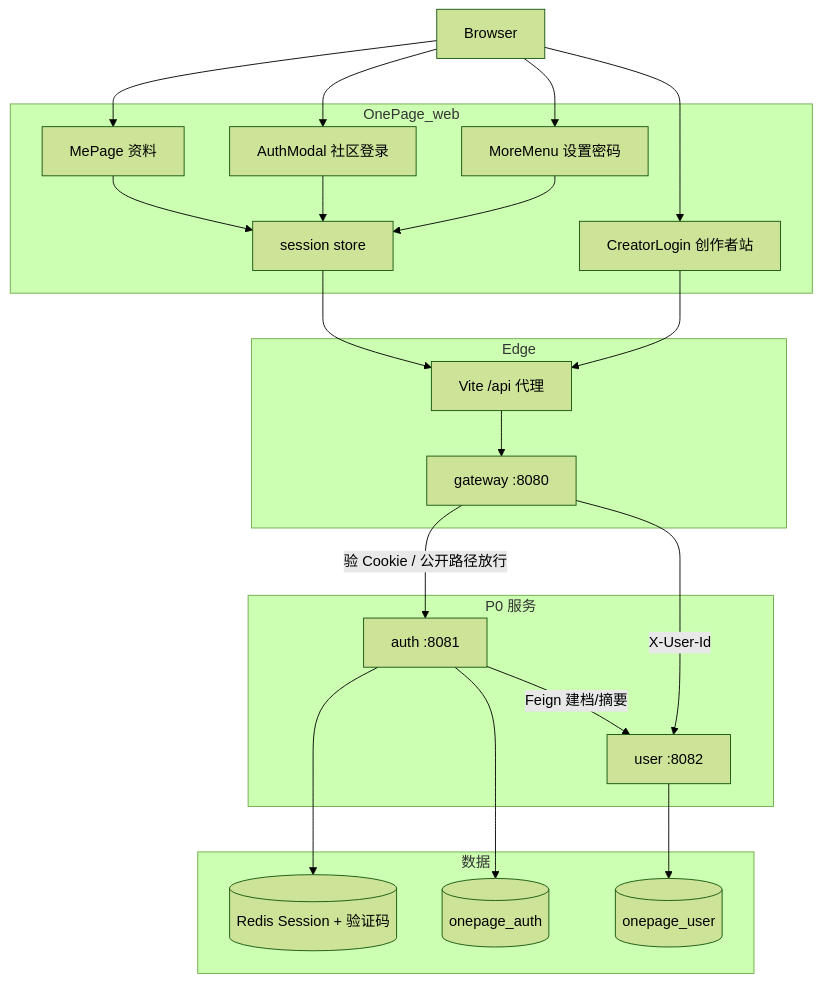
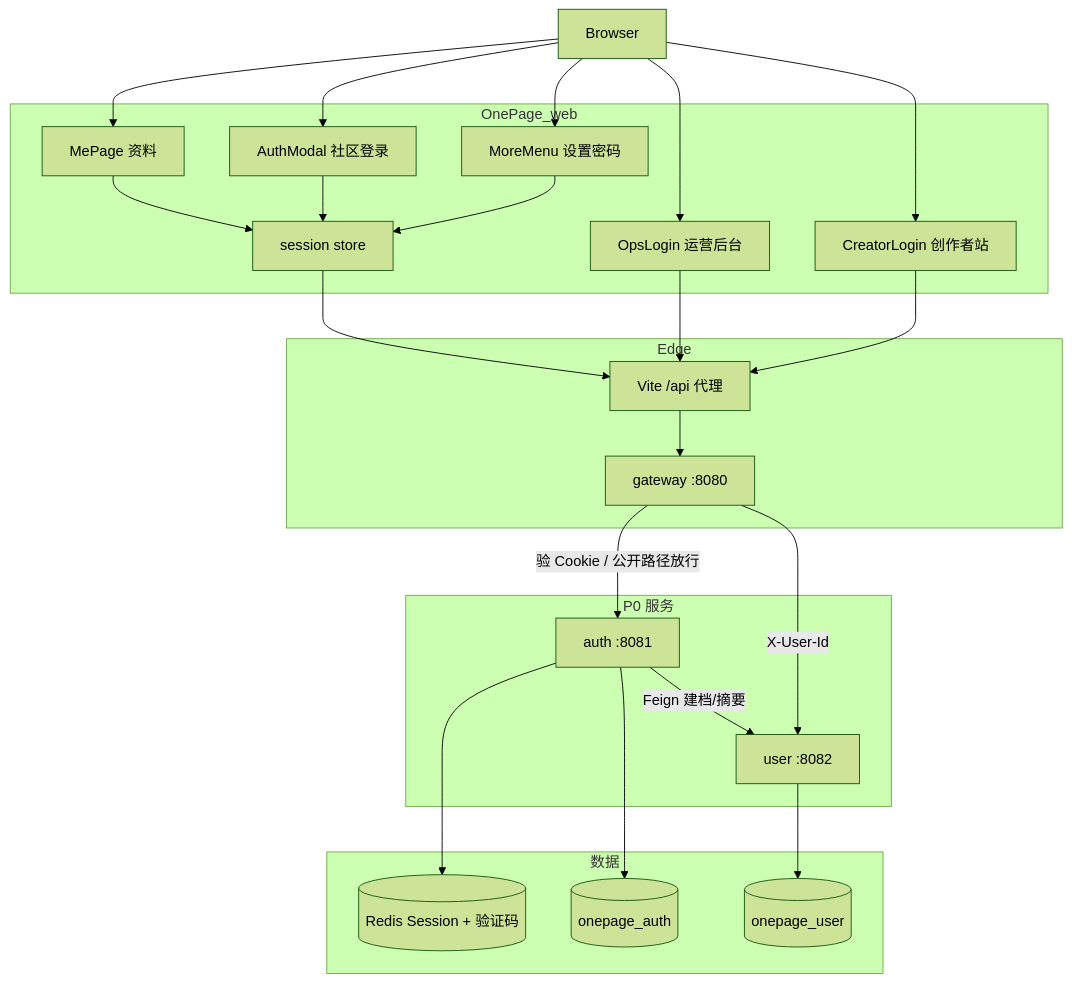
One commit to Yangleduo00337788/OnePage changed the first of 8 diagrams in agi-work-space/src/content/engineering/tech/auth-flows.md. Above: the diagram before and after it, drawn with Mermaid (forest theme). The commit also changed other lines of this file and 75 other files, not shown here.

````diff
--- a/agi-work-space/src/content/engineering/tech/auth-flows.md
+++ b/agi-work-space/src/content/engineering/tech/auth-flows.md
@@ -13,39 +13,42 @@
 ```mermaid
 flowchart TB
   subgraph fe [OnePage_web]
     Modal[AuthModal 社区登录]
     CreatorLogin[CreatorLogin 创作者站]
+    OpsLogin[OpsLogin 运营后台]
     Me[MePage 资料]
     More[MoreMenu 设置密码]
     Sess[session store]
   end
   subgraph edge [Edge]
     Vite[Vite /api 代理]
     GW[gateway :8080]
   end
   subgraph platform [P0 服务]
     Auth[auth :8081]
     User[user :8082]
   end
   subgraph data [数据]
     Redis[(Redis Session + 验证码)]
     AuthDB[(onepage_auth)]
     UserDB[(onepage_user)]
   end
   Browser --> Modal
   Browser --> CreatorLogin
+  Browser --> OpsLogin
   Browser --> Me
   Browser --> More
   More --> Sess
   Modal --> Sess
   CreatorLogin --> Vite
+  OpsLogin --> Vite
   Me --> Sess
   Sess --> Vite
   Vite --> GW
   GW -->|验 Cookie / 公开路径放行| Auth
   GW -->|X-User-Id| User
   Auth --> Redis
   Auth --> AuthDB
   Auth -->|Feign 建档/摘要| User
   User --> UserDB
 ```
````
